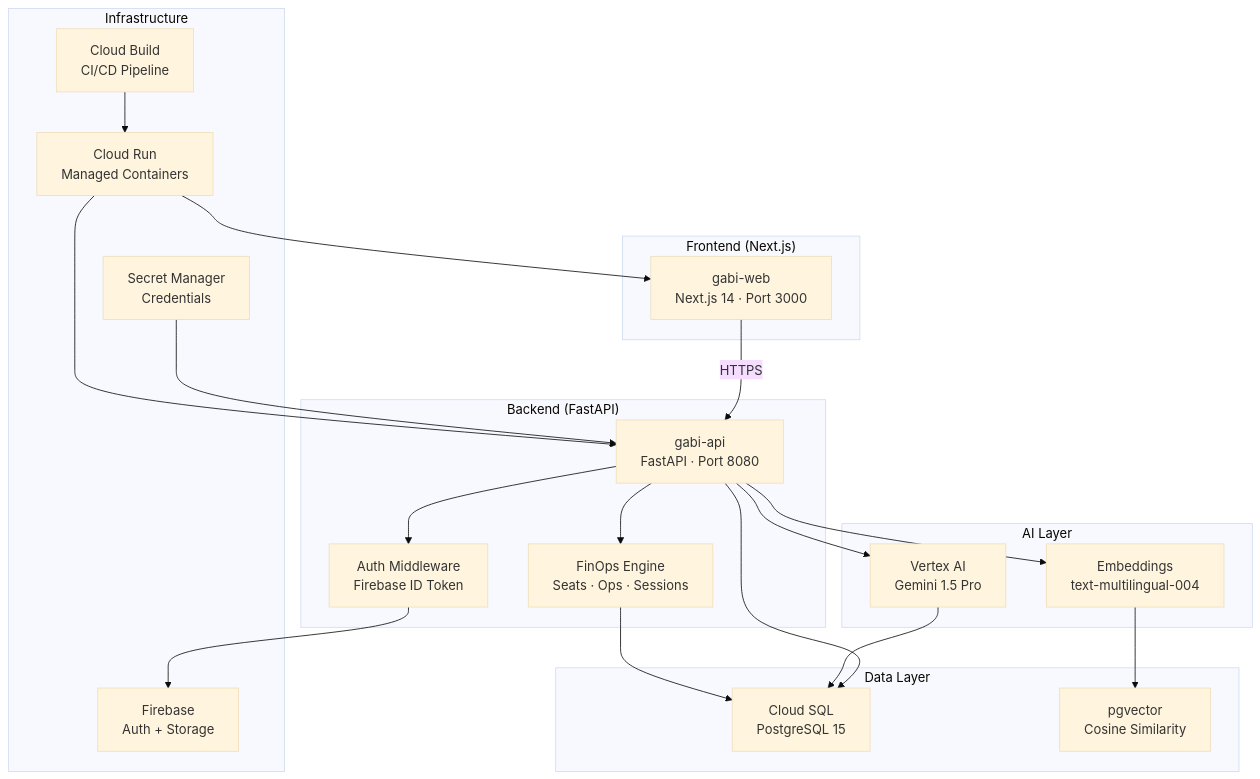
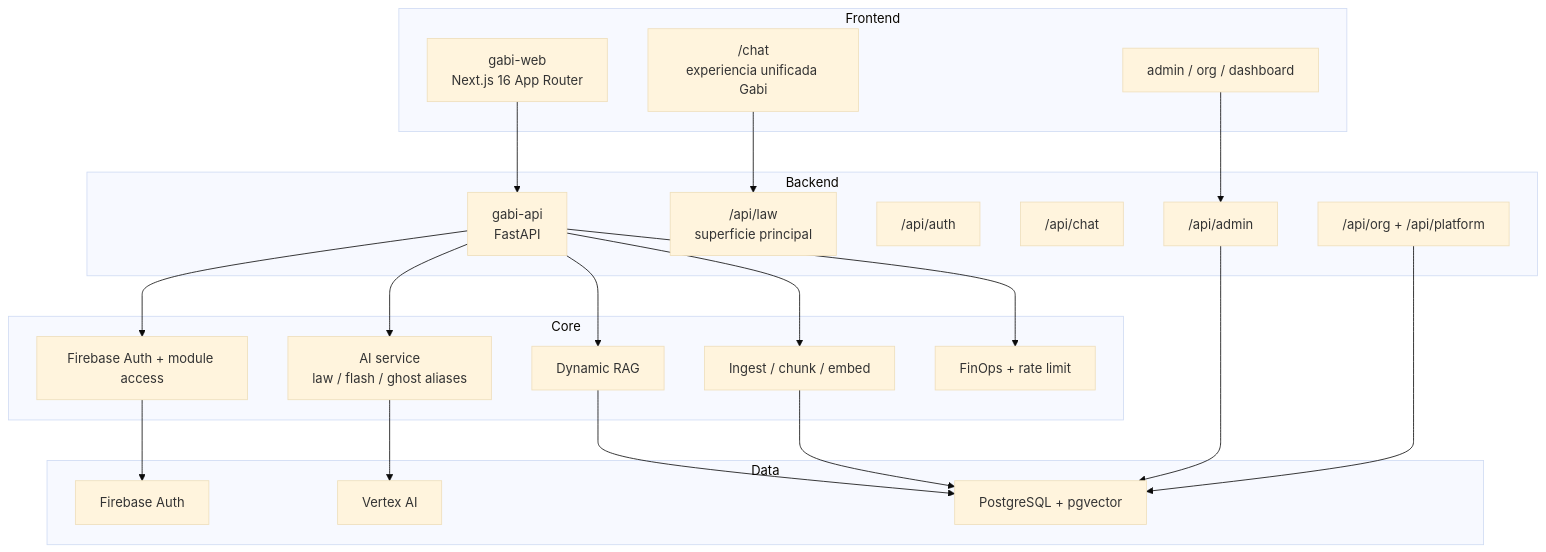
One commit to resper1965/Gabi changed the diagram in docs/guides/architecture.md. Above: the diagram before and after it, drawn with Mermaid (base theme). The commit also changed other lines of this file and 6 other files, not shown here.

First line of the commit message:
hygiene: rewrite arch docs, delete dead flash test and schemas

````diff
--- a/docs/guides/architecture.md
+++ b/docs/guides/architecture.md
@@ -9,44 +29,46 @@
 ```mermaid
 graph TB
-    subgraph "Frontend (Next.js)"
-        WEB["gabi-web<br/>Next.js 14 · Port 3000"]
+    subgraph "Frontend"
+        WEB["gabi-web<br/>Next.js 16 App Router"]
+        CHAT["/chat<br/>experiencia unificada Gabi"]
+        ADMIN_UI["admin / org / dashboard"]
     end
 
-    subgraph "Backend (FastAPI)"
-        API["gabi-api<br/>FastAPI · Port 8080"]
-        AUTH["Auth Middleware<br/>Firebase ID Token"]
-        FINOPS["FinOps Engine<br/>Seats · Ops · Sessions"]
+    subgraph "Backend"
+        API["gabi-api<br/>FastAPI"]
+        LAW["/api/law<br/>superficie principal"]
+        AUTH["/api/auth"]
+        CHAT_API["/api/chat"]
+        ADMIN["/api/admin"]
+        ORG["/api/org + /api/platform"]
     end
 
-    subgraph "AI Layer"
-        VERTEX["Vertex AI<br/>Gemini 1.5 Pro"]
-        EMBED["Embeddings<br/>text-multilingual-004"]
+    subgraph "Core"
+        RBAC["Firebase Auth + module access"]
+        AI["AI service<br/>law / flash / ghost aliases"]
+        RAG["Dynamic RAG"]
+        INGEST["Ingest / chunk / embed"]
+        FINOPS["FinOps + rate limit"]
     end
 
-    subgraph "Data Layer"
-        PG["Cloud SQL<br/>PostgreSQL 15"]
-        VECTOR["pgvector<br/>Cosine Similarity"]
+    subgraph "Data"
+        PG["PostgreSQL + pgvector"]
+        VERTEX["Vertex AI"]
+        FIREBASE["Firebase Auth"]
     end
 
-    subgraph "Infrastructure"
-        CR["Cloud Run<br/>Managed Containers"]
-        CB["Cloud Build<br/>CI/CD Pipeline"]
-        SM["Secret Manager<br/>Credentials"]
-        FB["Firebase<br/>Auth + Storage"]
-    end
-
-    WEB -->|HTTPS| API
-    API --> AUTH
-    AUTH --> FB
+    WEB --> API
+    CHAT --> LAW
+    ADMIN_UI --> ADMIN
+    API --> RBAC
+    API --> AI
+    API --> RAG
+    API --> INGEST
     API --> FINOPS
-    FINOPS --> PG
-    API --> VERTEX
-    API --> EMBED
-    EMBED --> VECTOR
-    VERTEX --> PG
-    API --> PG
-    CR --> API
-    CR --> WEB
-    CB --> CR
-    SM --> API
+    RBAC --> FIREBASE
+    AI --> VERTEX
+    RAG --> PG
+    INGEST --> PG
+    ADMIN --> PG
+    ORG --> PG
 ```
````
